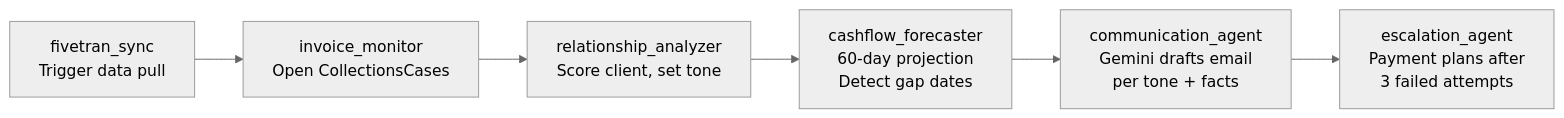
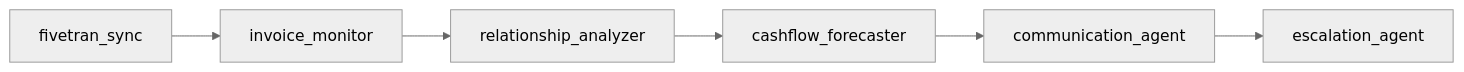
The second of 5 diagrams in README.md (sivasundharam/cashguard), drawn with Mermaid (neutral theme) before and after one commit. The commit also changed other lines of this file, not shown here.

Commit message:
docs: use short Mermaid labels with explanation tables below each diagram

````diff
--- a/README.md
+++ b/README.md
@@ -40,12 +31,4 @@
 ```mermaid
-%%{init: {"flowchart": {"wrappingWidth": 400}}}%%
 flowchart LR
-    A["fivetran_sync\nTrigger data pull"]
-    B["invoice_monitor\nOpen CollectionsCases"]
-    C["relationship_analyzer\nScore client, set tone"]
-    D["cashflow_forecaster\n60-day projection\nDetect gap dates"]
-    E["communication_agent\nGemini drafts email\nper tone + facts"]
-    F["escalation_agent\nPayment plans after\n3 failed attempts"]
-
-    A --> B --> C --> D --> E --> F
+    A["fivetran_sync"] --> B["invoice_monitor"] --> C["relationship_analyzer"] --> D["cashflow_forecaster"] --> E["communication_agent"] --> F["escalation_agent"]
 ```
````
